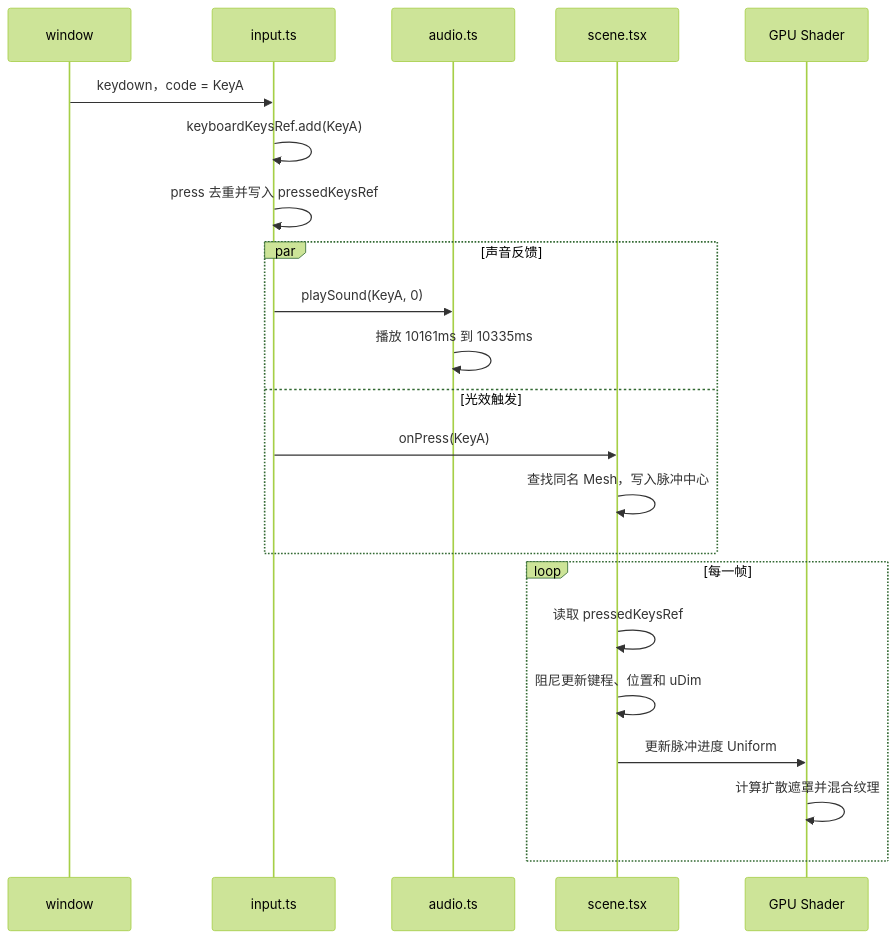
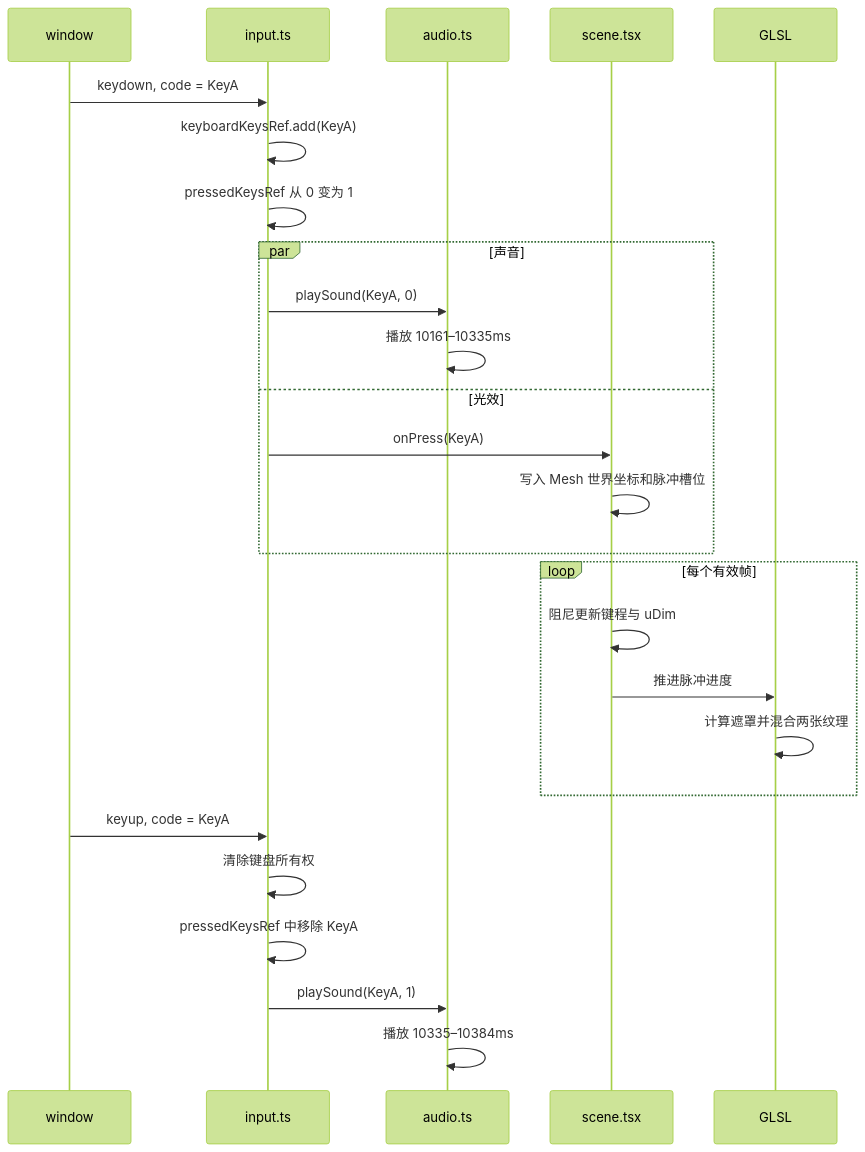
One commit to liaoyio/raycast-keyboard-scene-clone changed the second of 2 diagrams in docs/keyboard-interaction.md. Above: the diagram before and after it, drawn with Mermaid (forest theme). The commit also changed other lines of this file and 3 other files, not shown here.

````diff
--- a/docs/keyboard-interaction.md
+++ b/docs/keyboard-interaction.md
@@ -57,25 +136,29 @@
 ```mermaid
 sequenceDiagram
   participant W as window
   participant I as input.ts
   participant A as audio.ts
   participant S as scene.tsx
-  participant G as GPU Shader
+  participant G as GLSL
 
-  W->>I: keydown，code = KeyA
+  W->>I: keydown, code = KeyA
   I->>I: keyboardKeysRef.add(KeyA)
-  I->>I: press 去重并写入 pressedKeysRef
-  par 声音反馈
+  I->>I: pressedKeysRef 从 0 变为 1
+  par 声音
     I->>A: playSound(KeyA, 0)
-    A->>A: 播放 10161ms 到 10335ms
-  and 光效触发
+    A->>A: 播放 10161–10335ms
+  and 光效
     I->>S: onPress(KeyA)
-    S->>S: 查找同名 Mesh，写入脉冲中心
+    S->>S: 写入 Mesh 世界坐标和脉冲槽位
   end
-  loop 每一帧
-    S->>S: 读取 pressedKeysRef
-    S->>S: 阻尼更新键程、位置和 uDim
-    S->>G: 更新脉冲进度 Uniform
-    G->>G: 计算扩散遮罩并混合纹理
+  loop 每个有效帧
+    S->>S: 阻尼更新键程与 uDim
+    S->>G: 推进脉冲进度
+    G->>G: 计算遮罩并混合两张纹理
   end
+  W->>I: keyup, code = KeyA
+  I->>I: 清除键盘所有权
+  I->>I: pressedKeysRef 中移除 KeyA
+  I->>A: playSound(KeyA, 1)
+  A->>A: 播放 10335–10384ms
 ```
````
